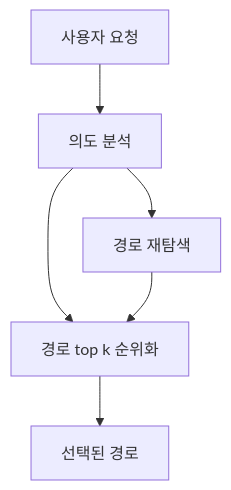
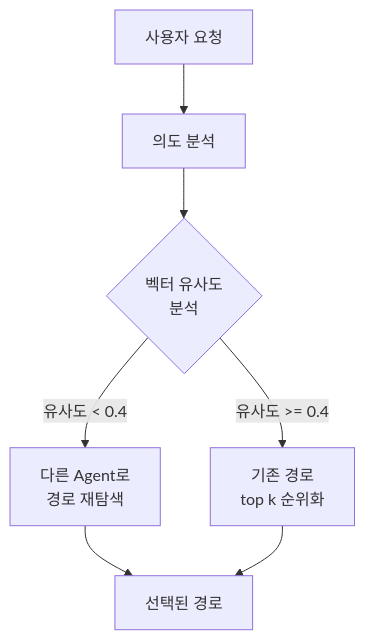
Before and after one commit to Vovvser/vowser-mcp-server: the diagram in docs/LANGGRAPH_INTEGRATION.md, drawn with Mermaid. The commit also changed other lines of this file, not shown here.

Commit message:
Docs: LangGraph 플로우 구조 변경 및 코드 구조 변경

````diff
--- a/docs/LANGGRAPH_INTEGRATION.md
+++ b/docs/LANGGRAPH_INTEGRATION.md
@@ -60,8 +60,9 @@
 ```mermaid
 flowchart TD
     A[사용자 요청] --> B1[의도 분석]
-    B1 --> B2[경로 재탐색]
-    B1 --> C1[경로 top k 순위화]
-    B2 --> C1[경로 top k 순위화]
+    B1 --> C{벡터 유사도<br/>분석}
+    C -->|유사도 < 0.4| B2[다른 Agent로<br/>경로 재탐색]
+    C -->|유사도 >= 0.4| C1[기존 경로<br/>top k 순위화]
+    B2 --> D[선택된 경로]
     C1 --> D[선택된 경로]
 ```
````
